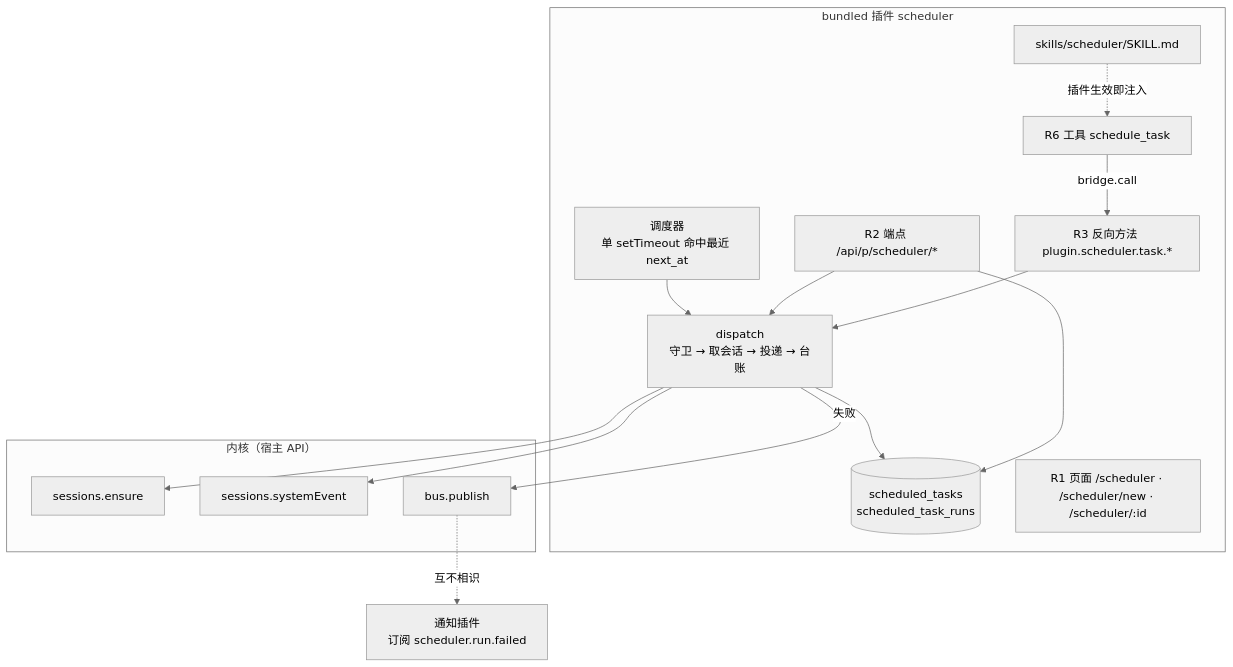
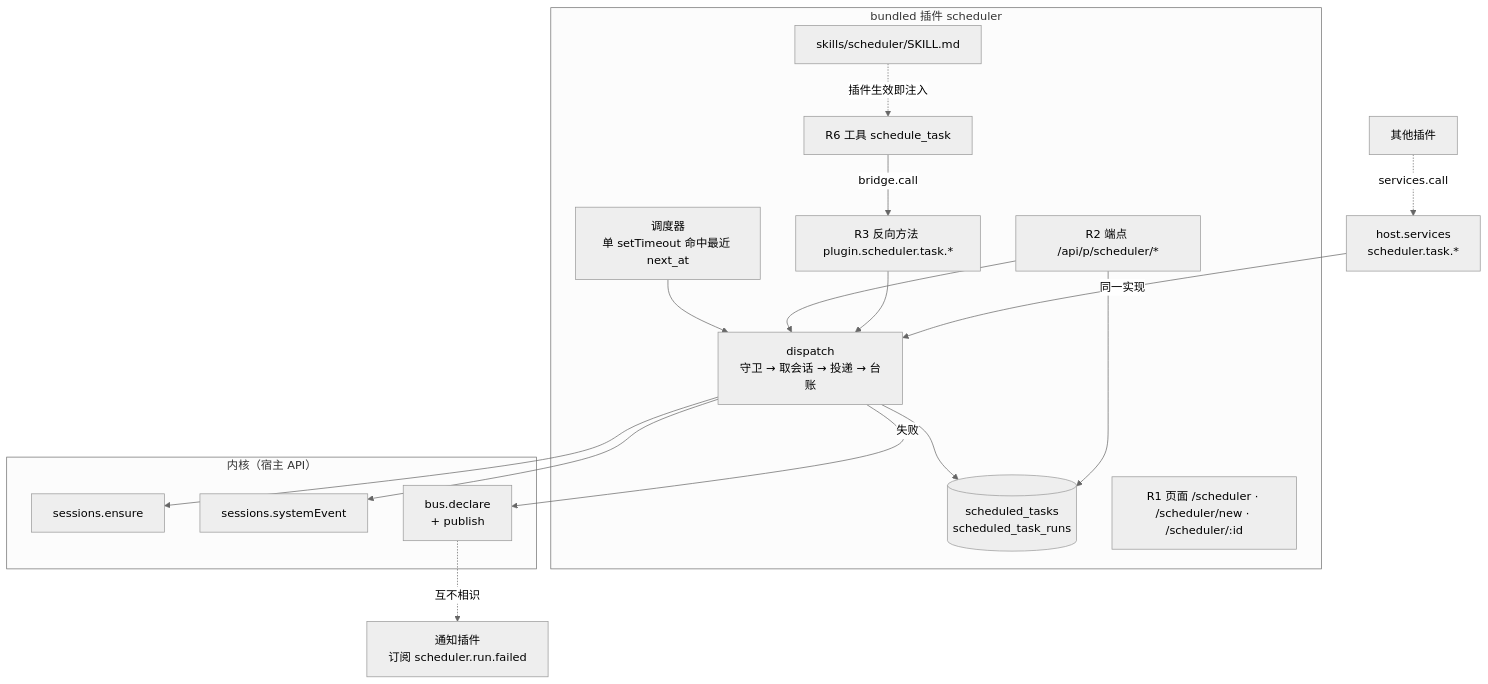
The diagram in doc/architecture/pi-agent-server_scheduled-tasks.md (shinexsf/pi-agent-platform), drawn with Mermaid (neutral theme) before and after one commit. The commit also changed 7 other files, not shown here.

````diff
--- a/doc/architecture/pi-agent-server_scheduled-tasks.md
+++ b/doc/architecture/pi-agent-server_scheduled-tasks.md
@@ -20,33 +20,36 @@
 ```mermaid
 flowchart TB
   subgraph PLG["bundled 插件 scheduler"]
     SCH["调度器<br/>单 setTimeout 命中最近 next_at"]
     DISP["dispatch<br/>守卫 → 取会话 → 投递 → 台账"]
     REPO[("scheduled_tasks<br/>scheduled_task_runs")]
     API["R2 端点 /api/p/scheduler/*"]
     M["R3 反向方法 plugin.scheduler.task.*"]
     TOOL["R6 工具 schedule_task"]
     SK["skills/scheduler/SKILL.md"]
     UI["R1 页面 /scheduler · /scheduler/new · /scheduler/:id"]
   end
 
   subgraph KERNEL["内核（宿主 API）"]
     ENS["sessions.ensure"]
     SE["sessions.systemEvent"]
-    BUS["bus.publish"]
+    BUS["bus.declare<br/>+ publish"]
   end
 
   NOTI["通知插件<br/>订阅 scheduler.run.failed"]
+  SVC["host.services<br/>scheduler.task.*"]
 
   SCH --> DISP
   DISP --> ENS
   DISP --> SE
   DISP --> REPO
   DISP -->|失败| BUS
   BUS -.->|互不相识| NOTI
   API --> REPO
   API --> DISP
   M --> DISP
+  SVC -->|同一实现| DISP
   TOOL -->|bridge.call| M
   SK -.->|插件生效即注入| TOOL
+  OTHER["其他插件"] -.->|services.call| SVC
 ```
````
